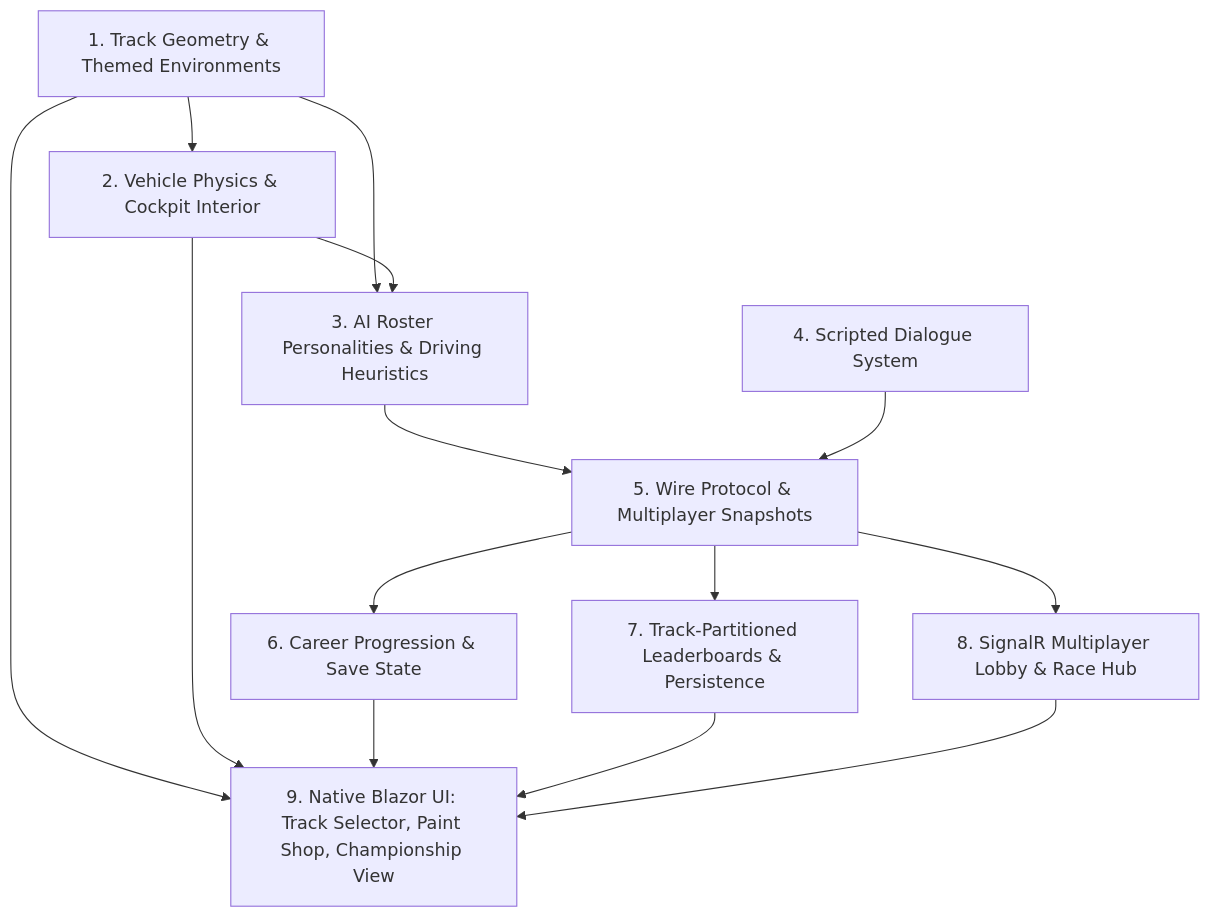
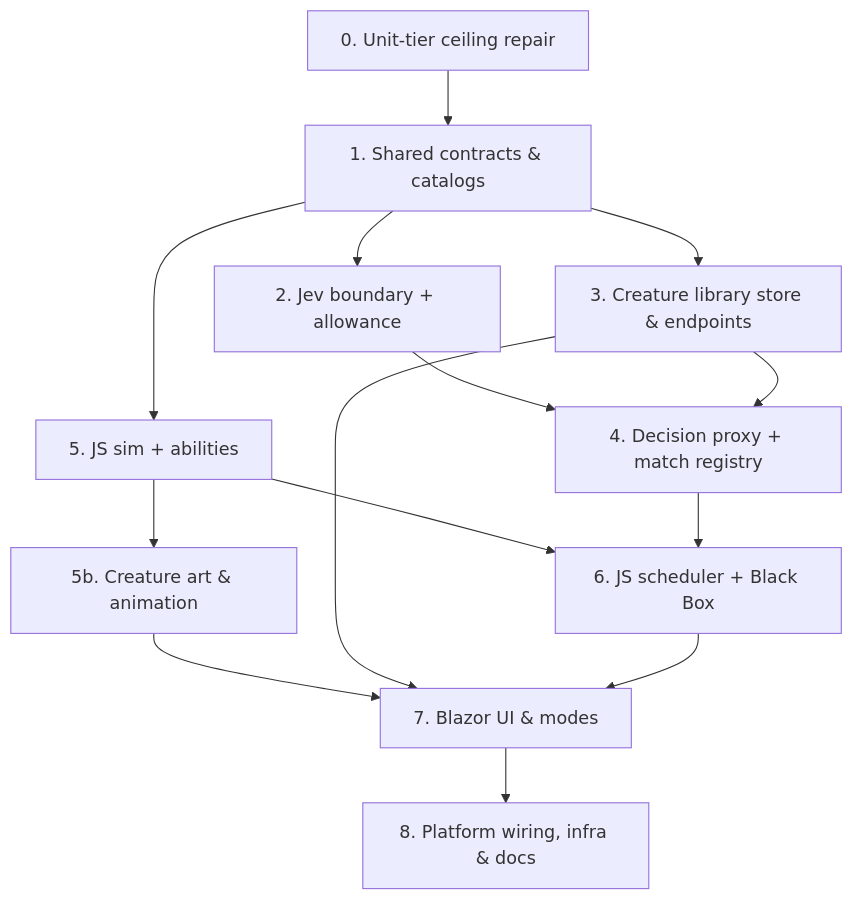
Before and after one commit to punkouter26/PoMiniGames: the diagram in CAPABILITY-MAP.md, drawn with Mermaid. The commit also changed other lines of this file and 3 other files, not shown here.

````diff
--- a/CAPABILITY-MAP.md
+++ b/CAPABILITY-MAP.md
@@ -5,16 +7,16 @@
 ```mermaid
 graph TD
-    M1[1. Track Geometry & Themed Environments] --> M2[2. Vehicle Physics & Cockpit Interior]
-    M1 --> M3[3. AI Roster Personalities & Driving Heuristics]
-    M2 --> M3
-    M3 --> M5[5. Wire Protocol & Multiplayer Snapshots]
-    M4[4. Scripted Dialogue System] --> M5
-    M5 --> M6[6. Career Progression & Save State]
-    M5 --> M7[7. Track-Partitioned Leaderboards & Persistence]
-    M5 --> M8[8. SignalR Multiplayer Lobby & Race Hub]
-    M1 --> M9[9. Native Blazor UI: Track Selector, Paint Shop, Championship View]
-    M2 --> M9
-    M6 --> M9
-    M7 --> M9
-    M8 --> M9
+    M0[0. Unit-tier ceiling repair] --> M1
+    M1[1. Shared contracts & catalogs] --> M2[2. Jev boundary + allowance]
+    M1 --> M3[3. Creature library store & endpoints]
+    M2 --> M4[4. Decision proxy + match registry]
+    M3 --> M4
+    M1 --> M5[5. JS sim + abilities]
+    M5 --> M5b[5b. Creature art & animation]
+    M5 --> M6[6. JS scheduler + Black Box]
+    M5b --> M7
+    M4 --> M6
+    M3 --> M7[7. Blazor UI & modes]
+    M6 --> M7
+    M7 --> M8[8. Platform wiring, infra & docs]
 ```
````
